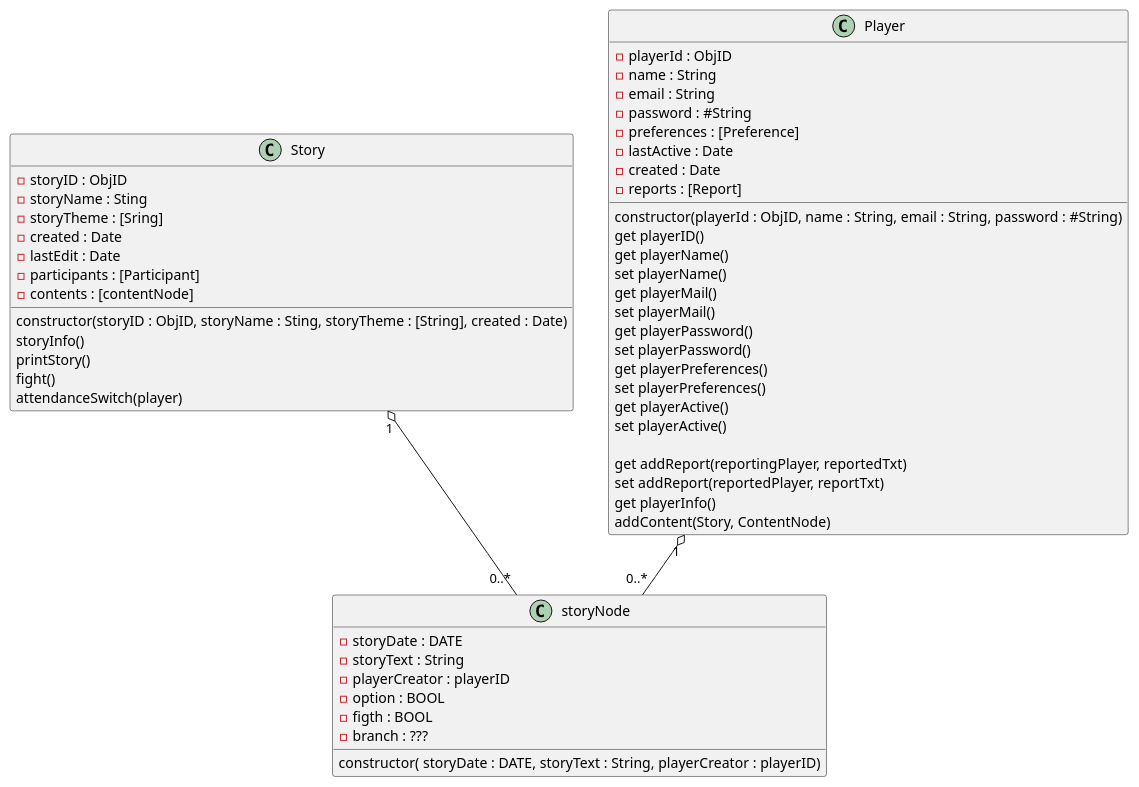
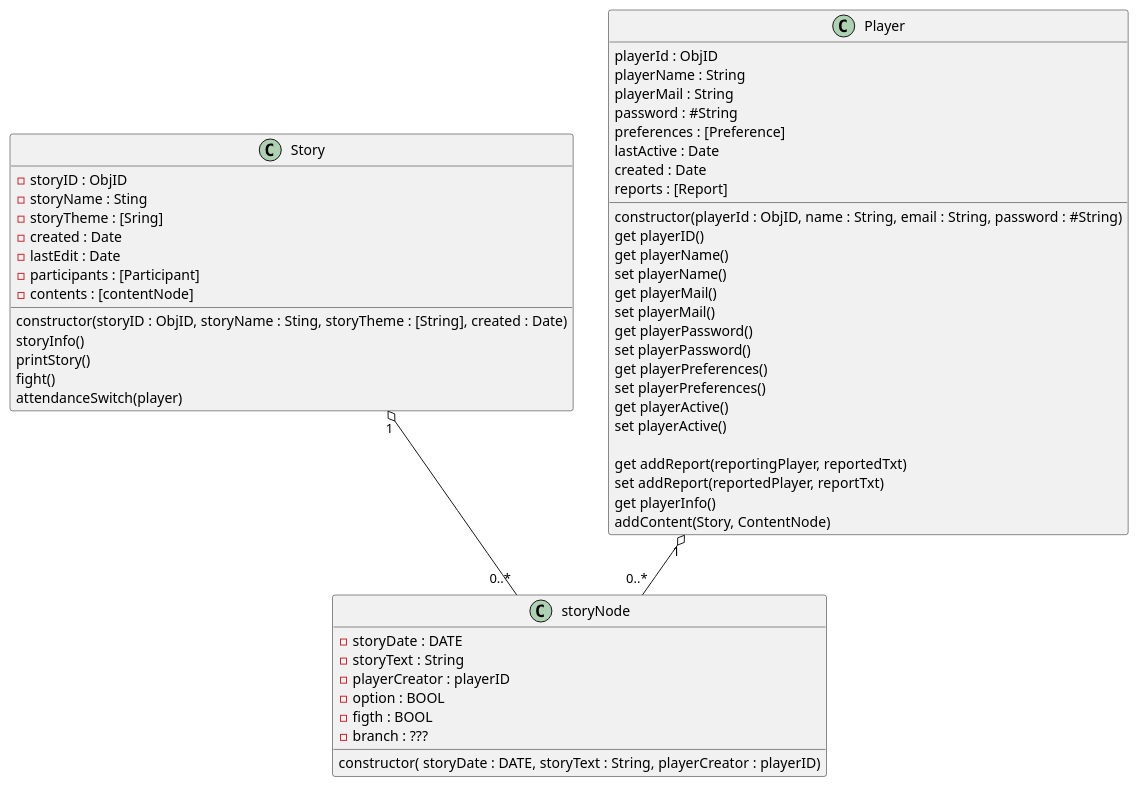
One commit to riskieee/improrpg changed the diagram in puml/class.puml. Above: the diagram before and after it, drawn with PlantUML. The commit also changed 23 other files, not shown here.

```diff
--- a/puml/class.puml
+++ b/puml/class.puml
@@ -1,69 +1,71 @@
 @startuml inmroRPG Class Diagram
 'https://plantuml.com/en/class-diagram
 'good https://real-world-plantuml.com/umls/4780185589121024
 ' ok https://real-world-plantuml.com/umls/4727890604195840
 'typescript interface example https://real-world-plantuml.com/umls/4780185589121024
 ' o-> hagregation! =/ composition *->
-
+' -----------------------------
+' render by [Alt] + [d]
+' -----------------------------
 
 class Story {
   -storyID : ObjID
   -storyName : Sting
   -storyTheme : [Sring]
   -created : Date
   -lastEdit : Date
   -participants : [Participant]
   -contents : [contentNode]
 
   constructor(storyID : ObjID, storyName : Sting, storyTheme : [String], created : Date)
   storyInfo()
   printStory()
   fight()
   attendanceSwitch(player)
 }
 
 class Player {
-  -playerId : ObjID
-  -name : String
-  -email : String
-  -password : #String
-  -preferences : [Preference]
-  -lastActive : Date
-  -created : Date
-  -reports : [Report]
+  playerId : ObjID
+  playerName : String
+  playerMail : String
+  password : #String
+  preferences : [Preference]
+  lastActive : Date
+  created : Date
+  reports : [Report]
 
   constructor(playerId : ObjID, name : String, email : String, password : #String)
   get playerID()
   get playerName()
   set playerName()
   get playerMail()
   set playerMail()
   get playerPassword()
   set playerPassword()
   get playerPreferences()
   set playerPreferences()
   get playerActive()
   set playerActive()
 
   get addReport(reportingPlayer, reportedTxt)
   set addReport(reportedPlayer, reportTxt)
   get playerInfo()
   addContent(Story, ContentNode)
 }
 
 class storyNode {
   -storyDate : DATE
   -storyText : String
   -playerCreator : playerID
   -option : BOOL
   -figth : BOOL
   -branch : ???
 
   constructor( storyDate : DATE, storyText : String, playerCreator : playerID)
 }
 
 Player "1" o-- "0..*" storyNode
 Story "1" o-- "0..*" storyNode
 
 
 @enduml
```
